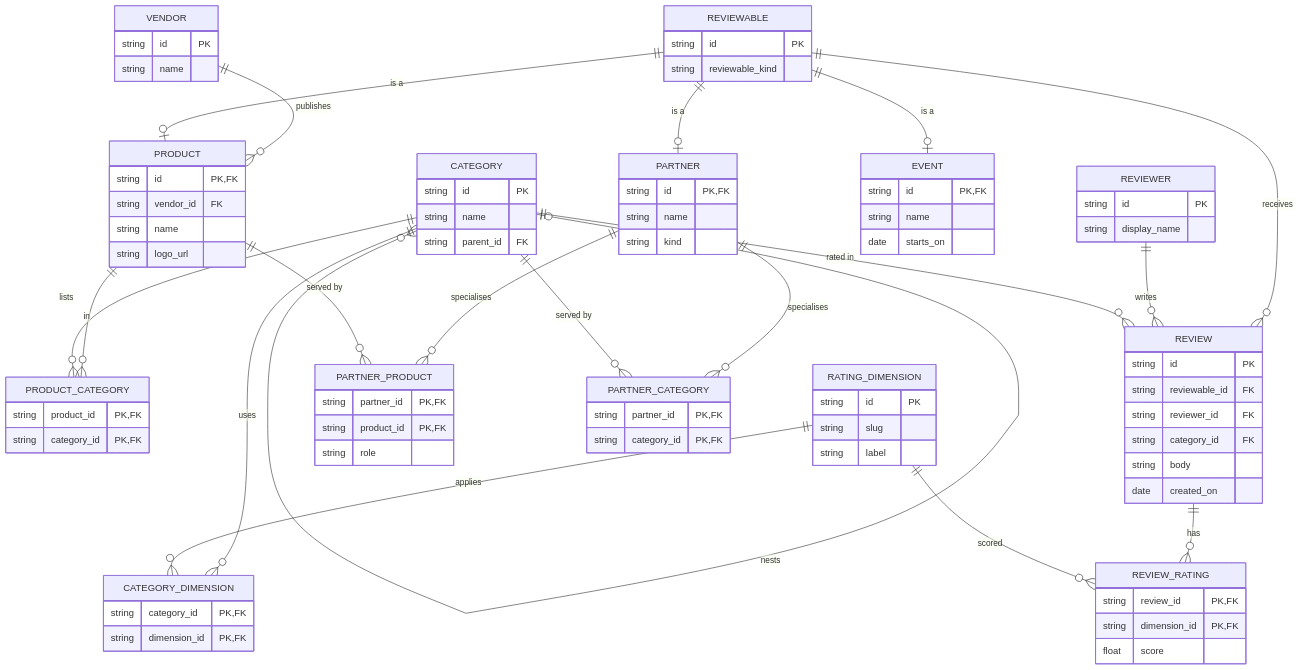
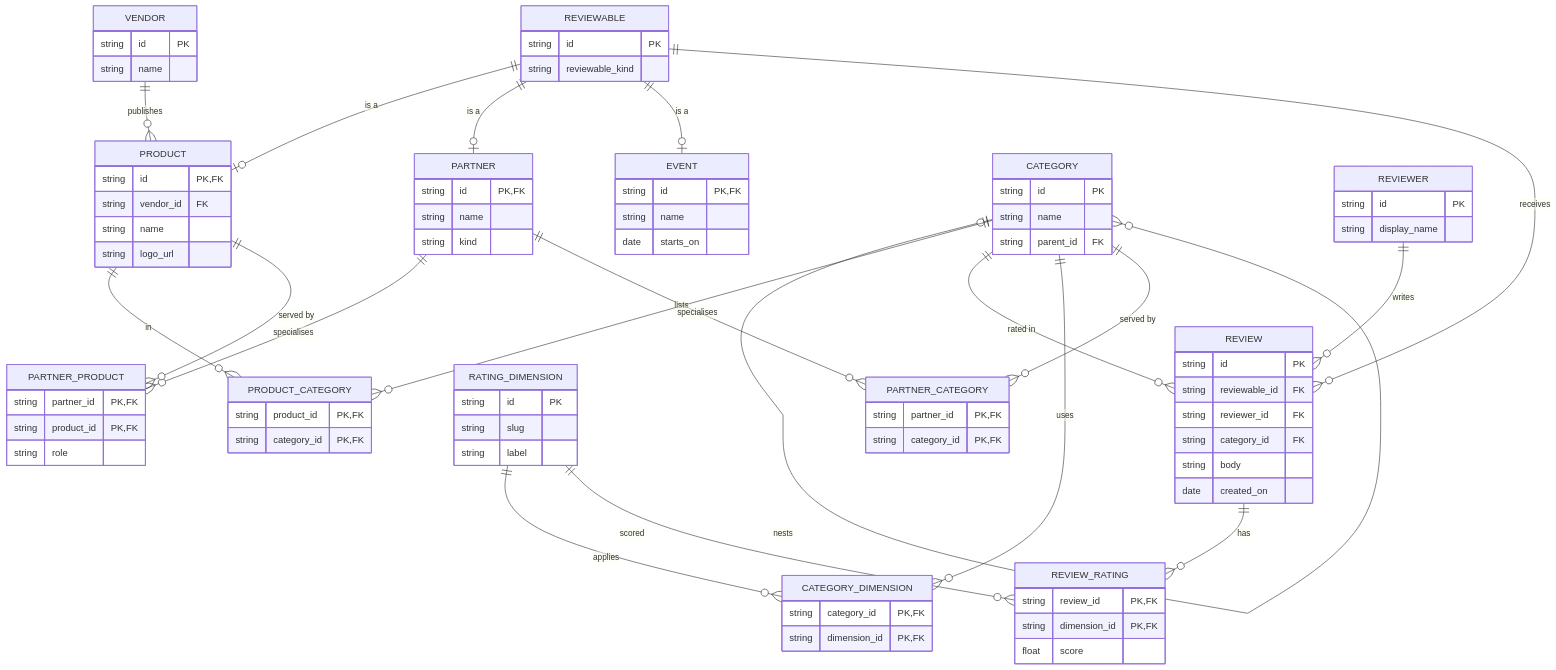
Before and after one commit to shuweiHong/omr-reviews-compare: the diagram in docs/part-1-data-model.md, drawn with Mermaid.

Commit message:
Restore the original ER layout. Keep optional category parents.

````diff
--- a/docs/part-1-data-model.md
+++ b/docs/part-1-data-model.md
@@ -5,12 +5,10 @@
 ```mermaid
 erDiagram
-    direction TB
-
-    CATEGORY |o--o{ CATEGORY : nests
     VENDOR ||--o{ PRODUCT : publishes
     REVIEWABLE ||--o| PRODUCT : "is a"
     REVIEWABLE ||--o| PARTNER : "is a"
     REVIEWABLE ||--o| EVENT : "is a"
+    CATEGORY |o--o{ CATEGORY : nests
     PRODUCT ||--o{ PRODUCT_CATEGORY : "in"
     CATEGORY ||--o{ PRODUCT_CATEGORY : lists
     REVIEWABLE ||--o{ REVIEW : receives
````
